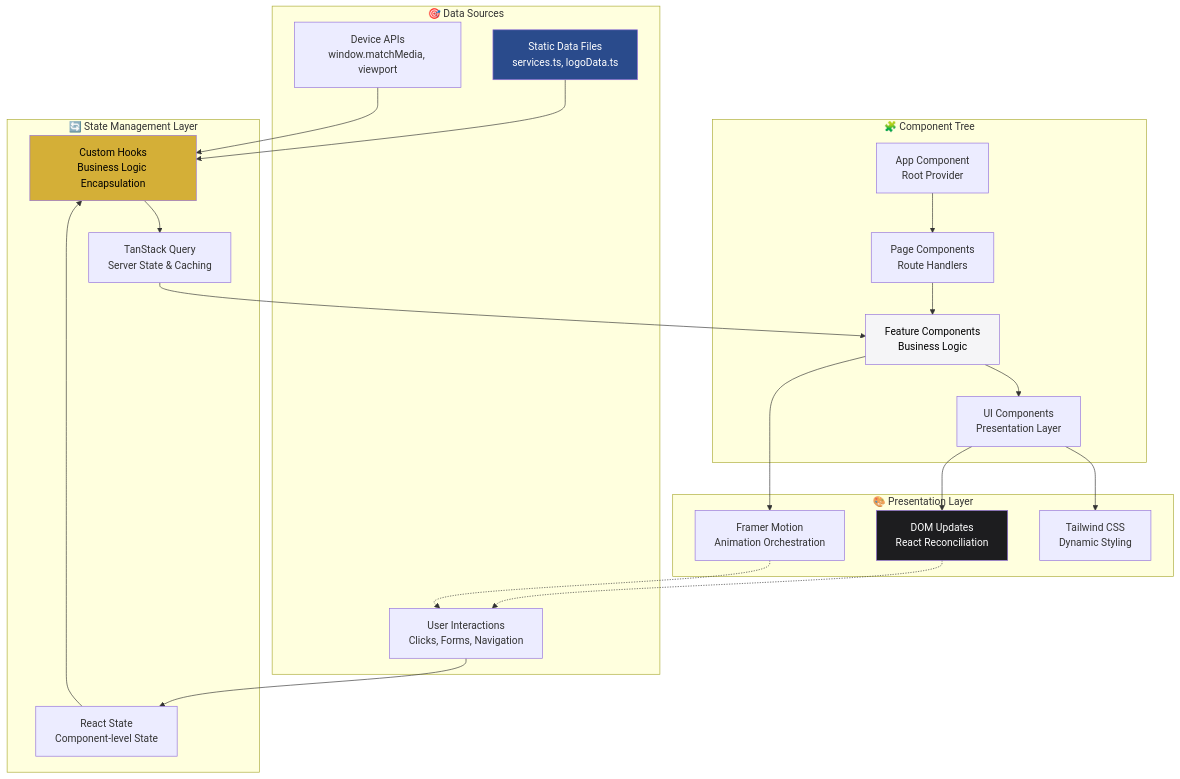
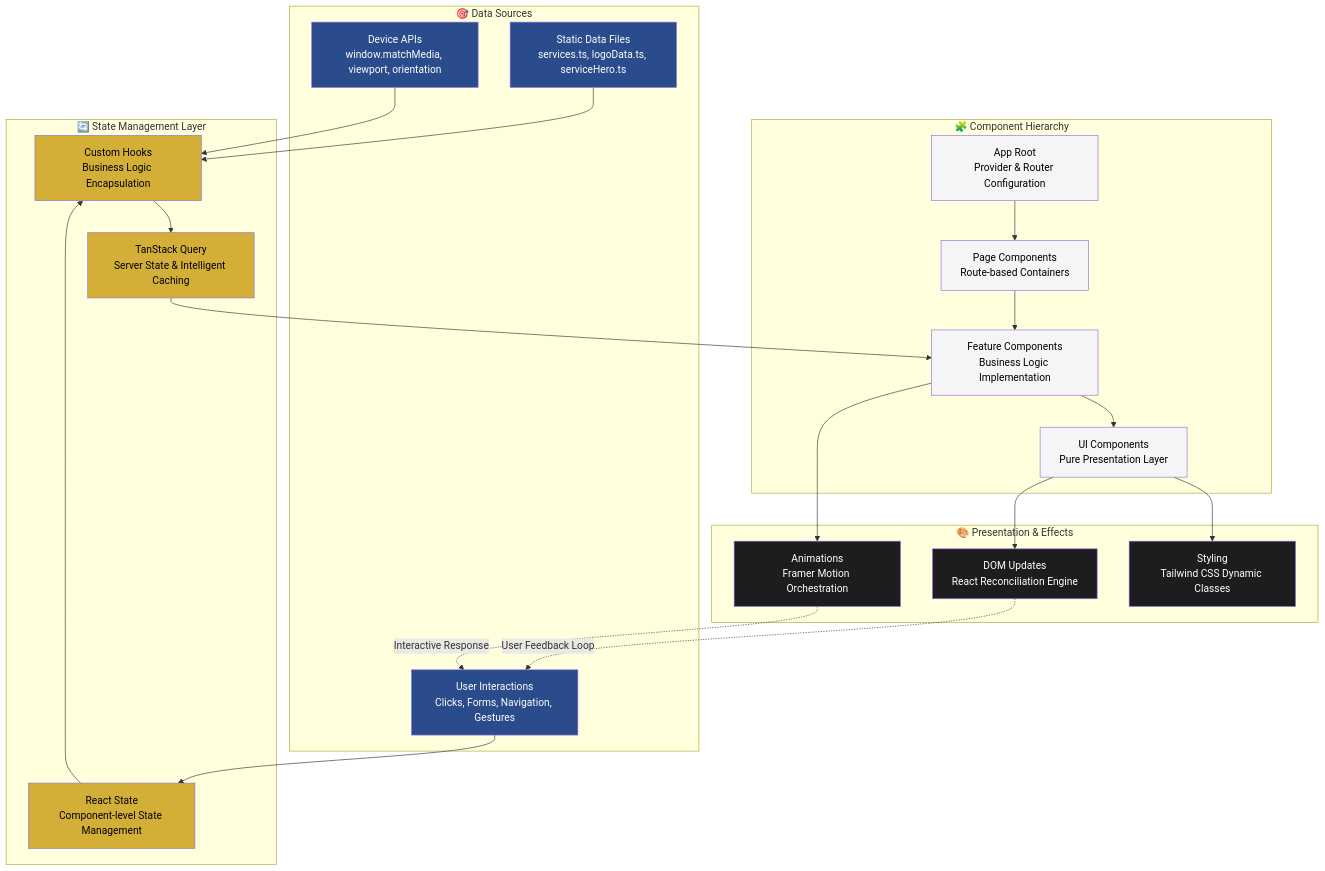
Before and after one commit to walkerWesker/cuenca-asociados-portal: the third of 6 diagrams in README.md, drawn with Mermaid. The commit also changed other lines of this file, not shown here.

````diff
--- a/README.md
+++ b/README.md
@@ -262,51 +358,56 @@
 ```mermaid
-graph TD
+flowchart TD
     subgraph "🎯 Data Sources"
-        StaticData[Static Data Files<br/>services.ts, logoData.ts]
-        UserInput[User Interactions<br/>Clicks, Forms, Navigation]
-        DeviceAPI[Device APIs<br/>window.matchMedia, viewport]
+        SD[Static Data Files<br/>services.ts, logoData.ts, serviceHero.ts]
+        UI[User Interactions<br/>Clicks, Forms, Navigation, Gestures]
+        DA[Device APIs<br/>window.matchMedia, viewport, orientation]
     end
     
     subgraph "🔄 State Management Layer"
-        CustomHooks[Custom Hooks<br/>Business Logic Encapsulation]
-        ReactState[React State<br/>Component-level State]
-        QueryState[TanStack Query<br/>Server State & Caching]
+        CH[Custom Hooks<br/>Business Logic Encapsulation]
+        RS[React State<br/>Component-level State Management]
+        QS[TanStack Query<br/>Server State & Intelligent Caching]
     end
     
-    subgraph "🧩 Component Tree"
-        AppRoot[App Component<br/>Root Provider]
-        PageComponents[Page Components<br/>Route Handlers]
-        FeatureComponents[Feature Components<br/>Business Logic]
-        UIComponents[UI Components<br/>Presentation Layer]
+    subgraph "🧩 Component Hierarchy"
+        AR[App Root<br/>Provider & Router Configuration]
+        PC[Page Components<br/>Route-based Containers]
+        FC[Feature Components<br/>Business Logic Implementation]
+        UC[UI Components<br/>Pure Presentation Layer]
     end
     
-    subgraph "🎨 Presentation Layer"
-        DOMUpdates[DOM Updates<br/>React Reconciliation]
-        Animations[Framer Motion<br/>Animation Orchestration]
-        Styling[Tailwind CSS<br/>Dynamic Styling]
+    subgraph "🎨 Presentation & Effects"
+        DU[DOM Updates<br/>React Reconciliation Engine]
+        AN[Animations<br/>Framer Motion Orchestration]
+        ST[Styling<br/>Tailwind CSS Dynamic Classes]
     end
     
-    StaticData --> CustomHooks
-    UserInput --> ReactState
-    DeviceAPI --> CustomHooks
+    SD --> CH
+    UI --> RS
+    DA --> CH
     
-    CustomHooks --> QueryState
-    ReactState --> CustomHooks
-    QueryState --> FeatureComponents
+    CH --> QS
+    RS --> CH
+    QS --> FC
     
-    AppRoot --> PageComponents
-    PageComponents --> FeatureComponents
-    FeatureComponents --> UIComponents
+    AR --> PC
+    PC --> FC
+    FC --> UC
     
-    UIComponents --> DOMUpdates
-    FeatureComponents --> Animations
-    UIComponents --> Styling
+    UC --> DU
+    FC --> AN
+    UC --> ST
     
-    DOMUpdates -.-> UserInput
-    Animations -.-> UserInput
+    DU -.->|User Feedback Loop| UI
+    AN -.->|Interactive Response| UI
     
-    style StaticData fill:#2A4B8C,color:#fff
-    style CustomHooks fill:#D4AF37,color:#000
-    style FeatureComponents fill:#F5F5F7,color:#000
-    style DOMUpdates fill:#1D1D1F,color:#fff
+    classDef dataSource fill:#2A4B8C,color:#fff
+    classDef stateLayer fill:#D4AF37,color:#000
+    classDef componentLayer fill:#F5F5F7,color:#000
+    classDef presentationLayer fill:#1D1D1F,color:#fff
+    
+    class SD,UI,DA dataSource
+    class CH,RS,QS stateLayer
+    class AR,PC,FC,UC componentLayer
+    class DU,AN,ST presentationLayer
 ```
````
